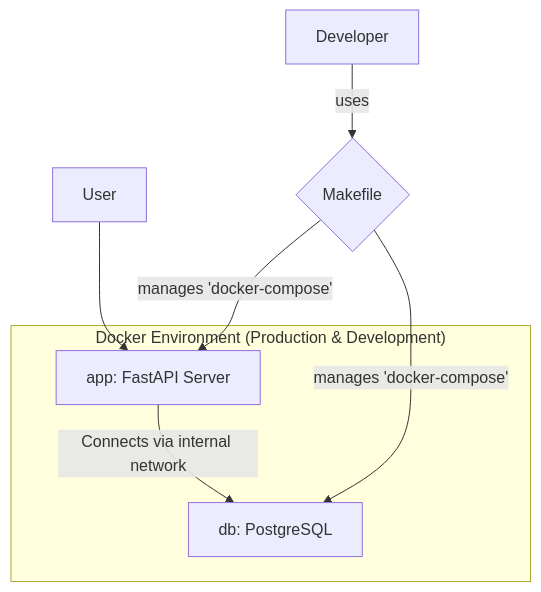
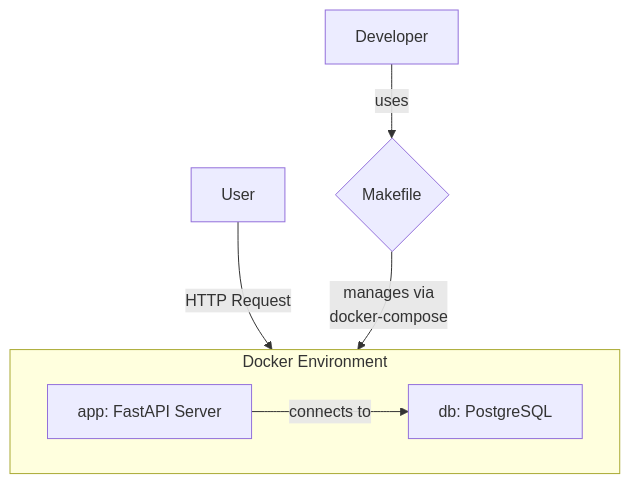
One commit to ZeleMate/LegalQA_v2 changed the diagram in README.md. Above: the diagram before and after it, drawn with Mermaid.

Commit message:
README.md frissítése a Docker környezet diagramjának átalakításával, a felhasználói és fejlesztői interakciók részletesebb bemutatásával. A diagram most jobban tükrözi a rendszer architektúráját és a komponensek közötti kapcsolatok kezelését.

````diff
--- a/README.md
+++ b/README.md
@@ -14,14 +14,12 @@
 ```mermaid
 graph TD
-    U[User] --> A["app: FastAPI Server"]
-    A -- "Connects via internal network" --> B["db: PostgreSQL"]
+    D[Developer] -- "uses" --> M{Makefile}
+    U[User] -- "HTTP Request" --> A["app: FastAPI Server"]
 
-    subgraph "Docker Environment (Production & Development)"
-        A
-        B
+    M -- "manages via<br/>docker-compose" --> DockerEnv
+
+    subgraph DockerEnv [Docker Environment]
+        direction LR
+        A -- "connects to" --> B["db: PostgreSQL"]
     end
-
-    D[Developer] -- "uses" --> E{Makefile}
-    E -- "manages 'docker-compose'" --> A
-    E -- "manages 'docker-compose'" --> B
 ```
````
